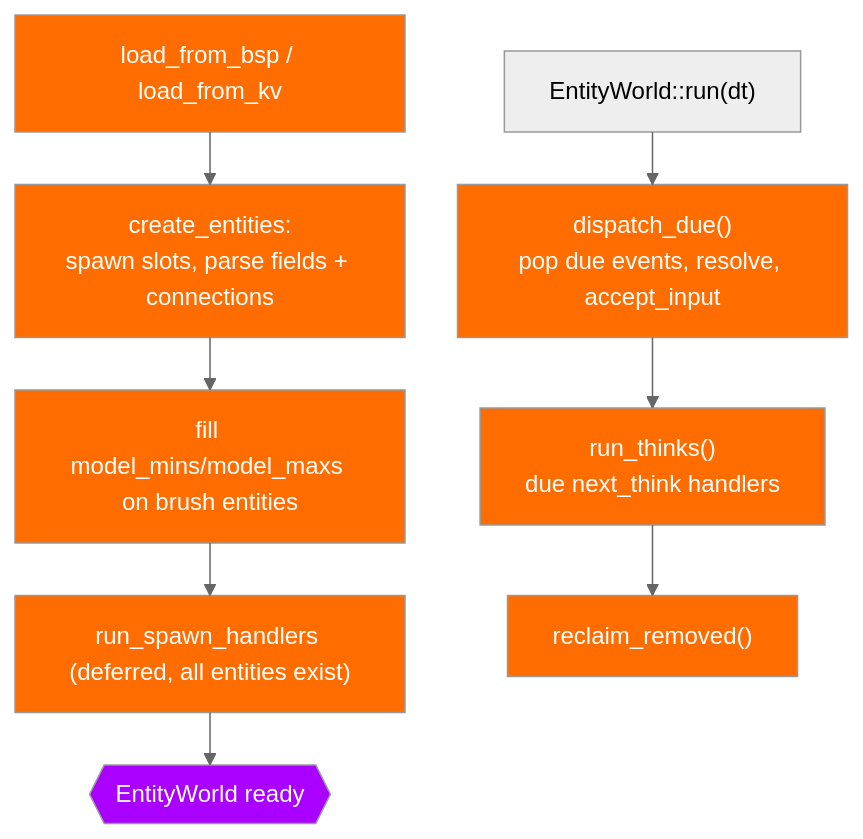
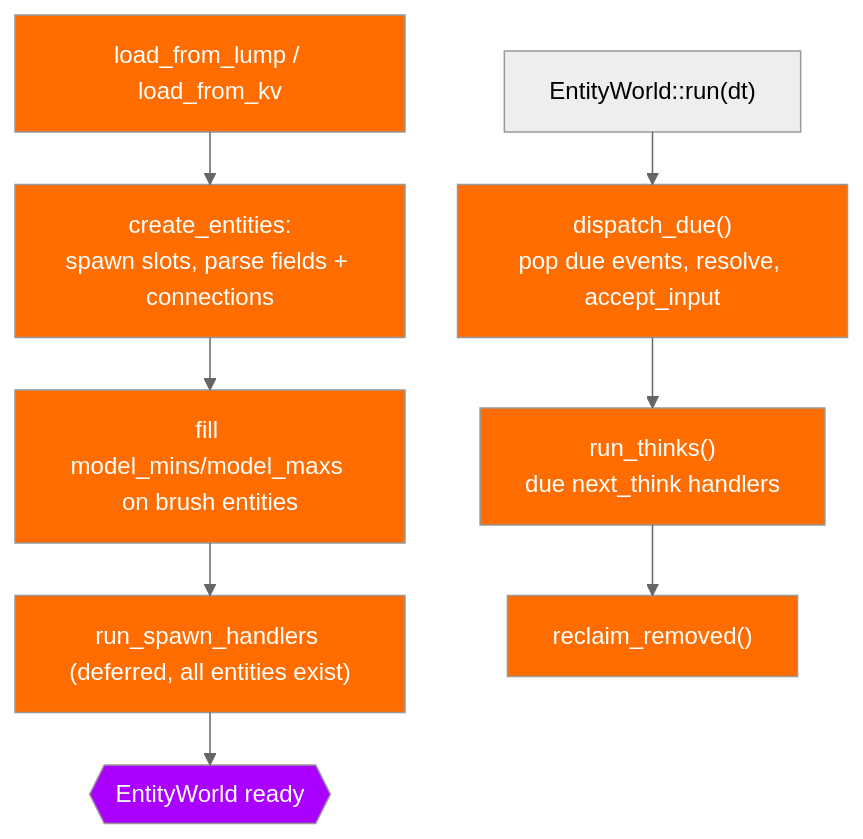
The second of 5 diagrams in src/devnotes/entities-and-scripting.md (T342guy/Kerosene), drawn with Mermaid (neutral theme) before and after one commit. The commit also changed 71 other files, not shown here.

````diff
--- a/src/devnotes/entities-and-scripting.md
+++ b/src/devnotes/entities-and-scripting.md
@@ -70,19 +70,19 @@
 ```mermaid
 ---
 config:
   layout: elk
 ---
 flowchart TB
-    load["load_from_bsp / load_from_kv"] --> create["create_entities:<br/>spawn slots, parse fields + connections"]
+    load["load_from_lump / load_from_kv"] --> create["create_entities:<br/>spawn slots, parse fields + connections"]
     create --> bounds["fill model_mins/model_maxs on brush entities"]
     bounds --> spawnH["run_spawn_handlers (deferred, all entities exist)"]
     spawnH --> ready{{"EntityWorld ready"}}
     tick["EntityWorld::run(dt)"] --> dispatch["dispatch_due()<br/>pop due events, resolve, accept_input"]
     dispatch --> thinks["run_thinks()<br/>due next_think handlers"]
     thinks --> reclaim["reclaim_removed()"]
 
     classDef proc fill:#FF6D00,color:#fff
     classDef decision fill:#AA00FF,color:#fff
     class load,create,bounds,spawnH,dispatch,thinks,reclaim proc
     class ready decision
 ```
````
